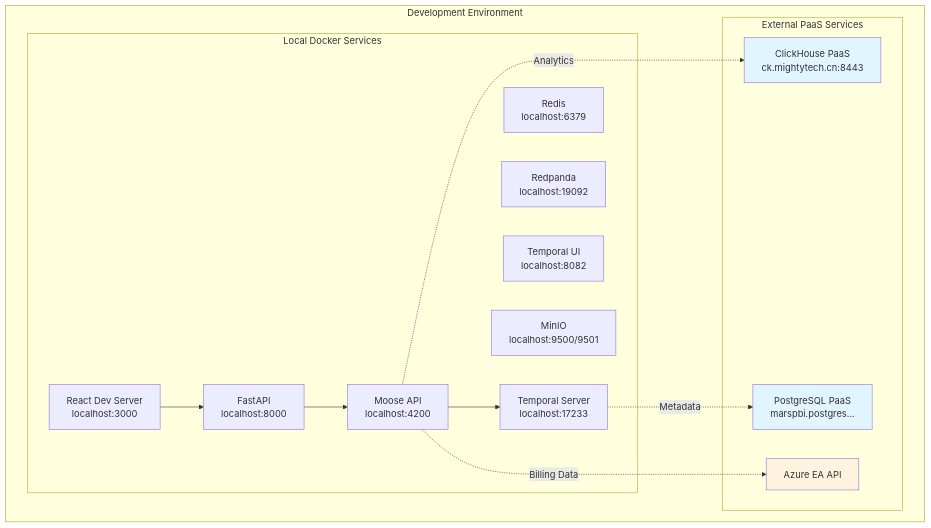
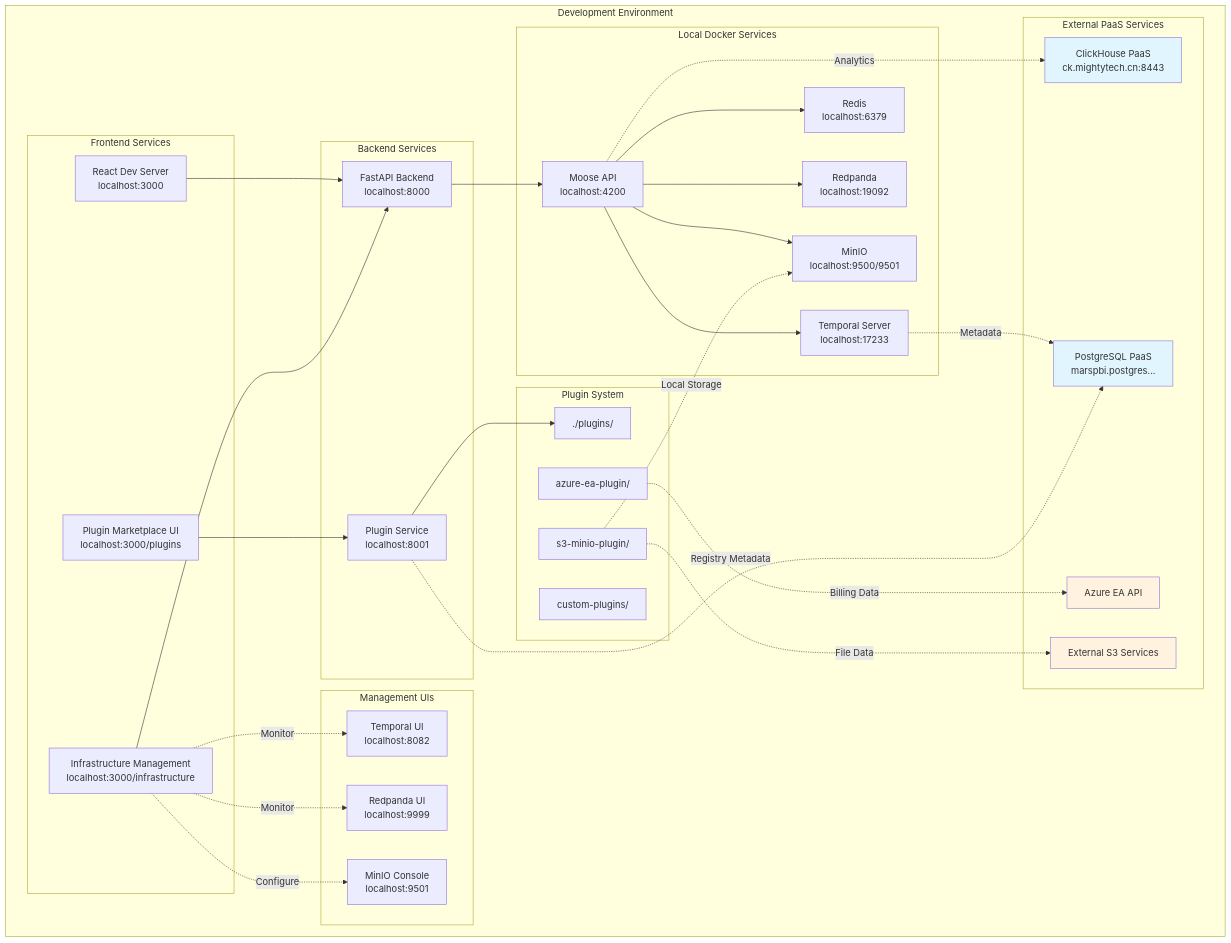
The second of 4 diagrams in .kiro/specs/azure-billing-intelligence/design.md (chris-han/area-code), drawn with Mermaid before and after one commit. The commit also changed other lines of this file and 10 other files, not shown here.

First line of the commit message:
feat(abi): introduce plugin marketplace, FOCUS data model, and DataLens BI

````diff
--- a/.kiro/specs/azure-billing-intelligence/design.md
+++ b/.kiro/specs/azure-billing-intelligence/design.md
@@ -60,32 +95,75 @@
 ```mermaid
 graph TB
     subgraph "Development Environment"
+        subgraph "Frontend Services"
+            REACT_L[React Dev Server<br/>localhost:3000]
+            PLUGIN_MARKET[Plugin Marketplace UI<br/>localhost:3000/plugins]
+            INFRA_MGMT[Infrastructure Management<br/>localhost:3000/infrastructure]
+        end
+        
+        subgraph "Backend Services"
+            FASTAPI_L[FastAPI Backend<br/>localhost:8000]
+            PLUGIN_SVC[Plugin Service<br/>localhost:8001]
+        end
+        
         subgraph "Local Docker Services"
             REDIS_L[Redis<br/>localhost:6379]
             REDPANDA_L[Redpanda<br/>localhost:19092]
             TEMPORAL_L[Temporal Server<br/>localhost:17233]
-            TEMPORAL_UI[Temporal UI<br/>localhost:8082]
             MOOSE_L[Moose API<br/>localhost:4200]
             MINIO_L[MinIO<br/>localhost:9500/9501]
-            FASTAPI_L[FastAPI<br/>localhost:8000]
-            REACT_L[React Dev Server<br/>localhost:3000]
+        end
+        
+        subgraph "Management UIs"
+            TEMPORAL_UI[Temporal UI<br/>localhost:8082]
+            REDPANDA_UI_L[Redpanda UI<br/>localhost:9999]
+            MINIO_UI_L[MinIO Console<br/>localhost:9501]
+        end
+        
+        subgraph "Plugin System"
+            PLUGIN_DIR[./plugins/]
+            AZURE_P[azure-ea-plugin/]
+            S3_P[s3-minio-plugin/]
+            CUSTOM_P[custom-plugins/]
         end
         
         subgraph "External PaaS Services"
             CH_REMOTE[ClickHouse PaaS<br/>ck.mightytech.cn:8443]
             PG_REMOTE[PostgreSQL PaaS<br/>marspbi.postgres...]
             AZURE_API[Azure EA API]
+            S3_REMOTE[External S3 Services]
+
         end
     end
     
     REACT_L --> FASTAPI_L
+    PLUGIN_MARKET --> PLUGIN_SVC
+    INFRA_MGMT --> FASTAPI_L
+    
     FASTAPI_L --> MOOSE_L
+    PLUGIN_SVC --> PLUGIN_DIR
+    
     MOOSE_L --> TEMPORAL_L
+    MOOSE_L --> REDIS_L
+    MOOSE_L --> REDPANDA_L
+    MOOSE_L --> MINIO_L
+    
     MOOSE_L -.->|Analytics| CH_REMOTE
     TEMPORAL_L -.->|Metadata| PG_REMOTE
-    MOOSE_L -.->|Billing Data| AZURE_API
+    
+    AZURE_P -.->|Billing Data| AZURE_API
+    S3_P -.->|File Data| S3_REMOTE
+    S3_P -.->|Local Storage| MINIO_L
+    
+    PLUGIN_SVC -.->|Registry Metadata| PG_REMOTE
+    
+    INFRA_MGMT -.->|Monitor| TEMPORAL_UI
+    INFRA_MGMT -.->|Monitor| REDPANDA_UI_L
+    INFRA_MGMT -.->|Configure| MINIO_UI_L
     
     style CH_REMOTE fill:#e1f5fe
     style PG_REMOTE fill:#e1f5fe
     style AZURE_API fill:#fff3e0
+    style S3_REMOTE fill:#fff3e0
+
 ```
````
